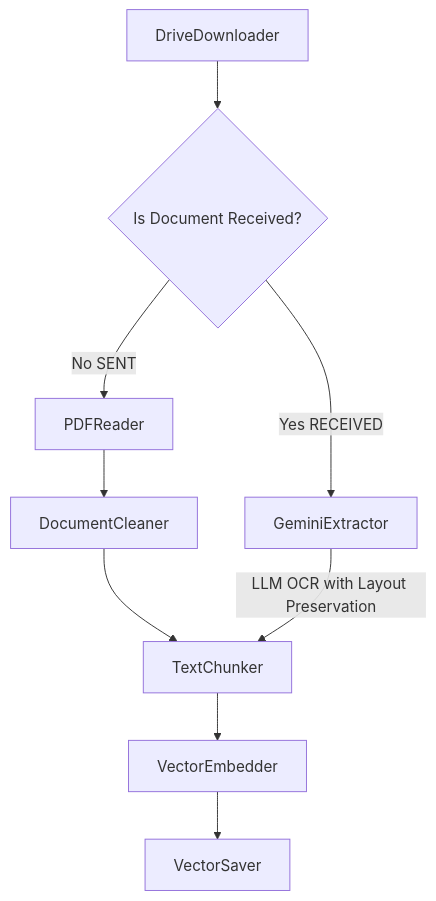
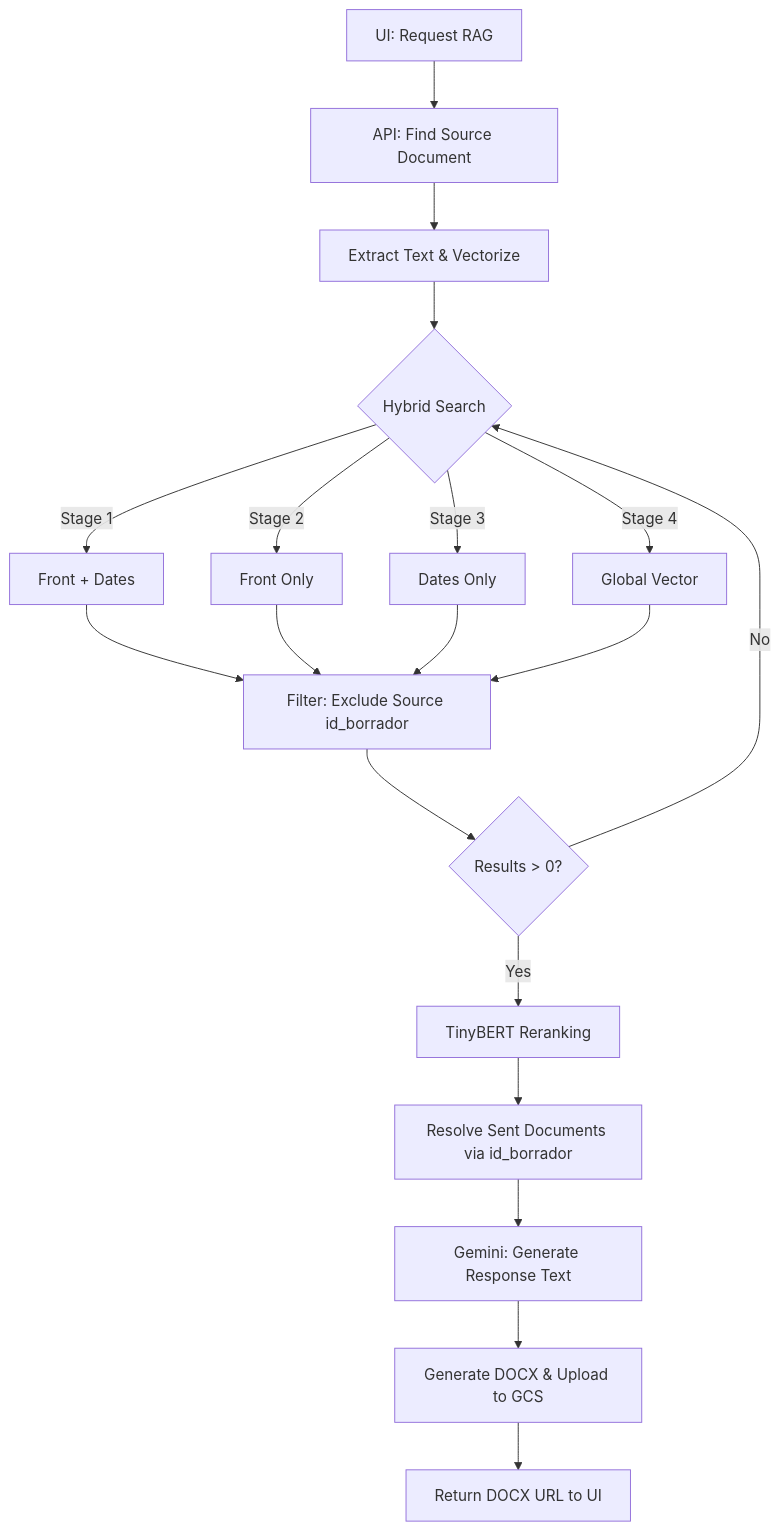
The third of 3 diagrams in README.md (jggomez/ai-rag-docs), drawn with Mermaid before and after one commit. The commit also changed other lines of this file and 41 other files, not shown here.

First line of the commit message:
feat: implement sent document ingestion, robust RAG fallback, and GCS date-based organization

````diff
--- a/README.md
+++ b/README.md
@@ -30,11 +68,18 @@
 ```mermaid
 graph TD
-    A[DriveDownloader] --> B{Is Document Received?}
-    B -- No SENT --> C[PDFReader]
-    C --> D[DocumentCleaner]
-    B -- Yes RECEIVED --> E[GeminiExtractor]
-    D --> F[TextChunker]
-    E -- LLM OCR with Layout Preservation --> F
-    F --> G[VectorEmbedder]
-    G --> H[VectorSaver]
+    A[UI: Request RAG] --> B[API: Find Source Document]
+    B --> C[Extract Text & Vectorize]
+    C --> D{Hybrid Search}
+    D -- Stage 1 --> E[Front + Dates]
+    D -- Stage 2 --> F[Front Only]
+    D -- Stage 3 --> G[Dates Only]
+    D -- Stage 4 --> H[Global Vector]
+    E & F & G & H --> I[Filter: Exclude Source id_borrador]
+    I --> J{Results > 0?}
+    J -- No --> D
+    J -- Yes --> K[TinyBERT Reranking]
+    K --> L[Resolve Sent Documents via id_borrador]
+    L --> M[Gemini: Generate Response Text]
+    M --> N[Generate DOCX & Upload to GCS]
+    N --> O[Return DOCX URL to UI]
 ```
````
